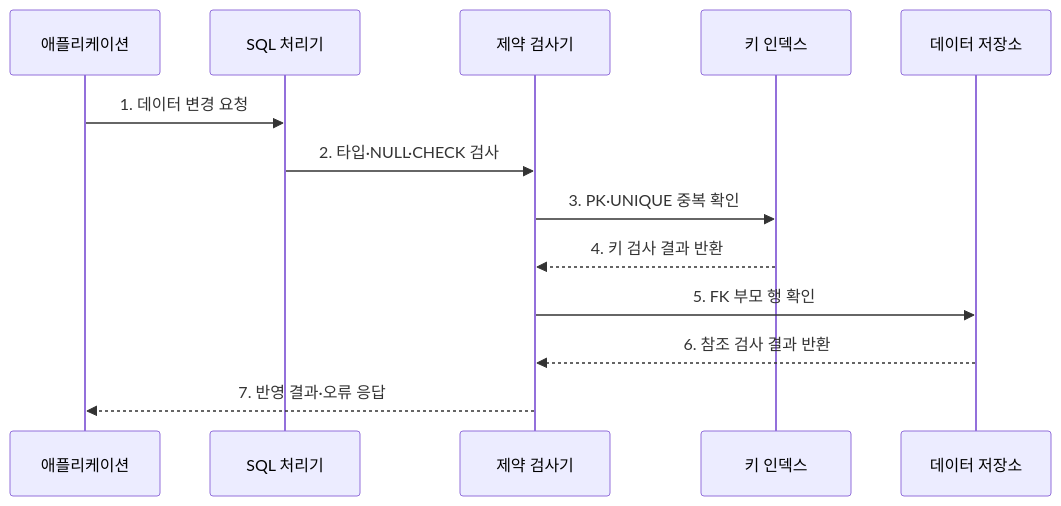
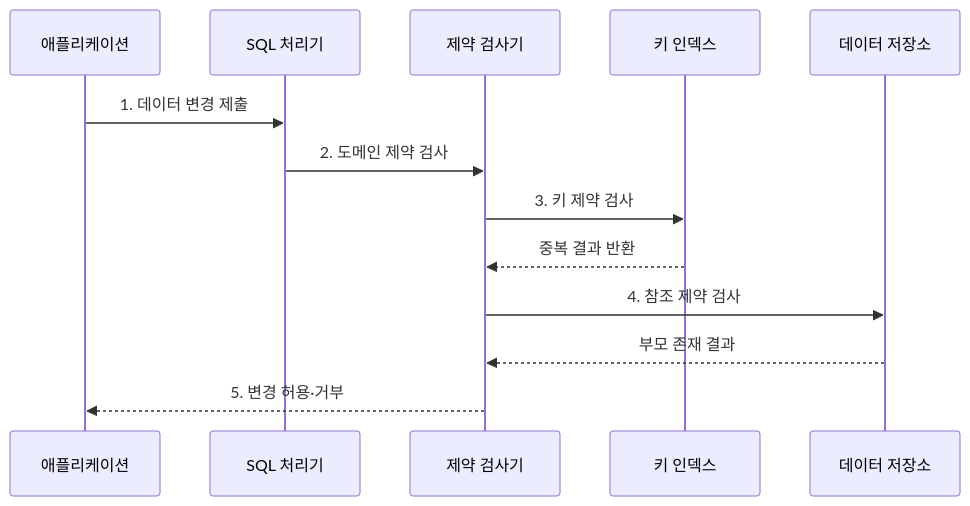
Before and after one commit to agnusdei1207/knowledge-base: the second of 2 diagrams in src/content/docs/notes/03-software/091_database_integrity_constraints.md, drawn with Mermaid. The commit also changed other lines of this file and 238 other files, not shown here.

````diff
--- a/src/content/docs/notes/03-software/091_database_integrity_constraints.md
+++ b/src/content/docs/notes/03-software/091_database_integrity_constraints.md
@@ -77,15 +77,15 @@
 ```mermaid
 sequenceDiagram
     participant APP as 애플리케이션
     participant SQL as SQL 처리기
     participant RULE as 제약 검사기
     participant IDX as 키 인덱스
     participant DATA as 데이터 저장소
-    APP->>SQL: 1. 데이터 변경 요청
-    SQL->>RULE: 2. 타입·NULL·CHECK 검사
-    RULE->>IDX: 3. PK·UNIQUE 중복 확인
-    IDX-->>RULE: 4. 키 검사 결과 반환
-    RULE->>DATA: 5. FK 부모 행 확인
-    DATA-->>RULE: 6. 참조 검사 결과 반환
-    RULE-->>APP: 7. 반영 결과·오류 응답
+    APP->>SQL: 1. 데이터 변경 제출
+    SQL->>RULE: 2. 도메인 제약 검사
+    RULE->>IDX: 3. 키 제약 검사
+    IDX-->>RULE: 중복 결과 반환
+    RULE->>DATA: 4. 참조 제약 검사
+    DATA-->>RULE: 부모 존재 결과
+    RULE-->>APP: 5. 변경 허용·거부
 ```
````
